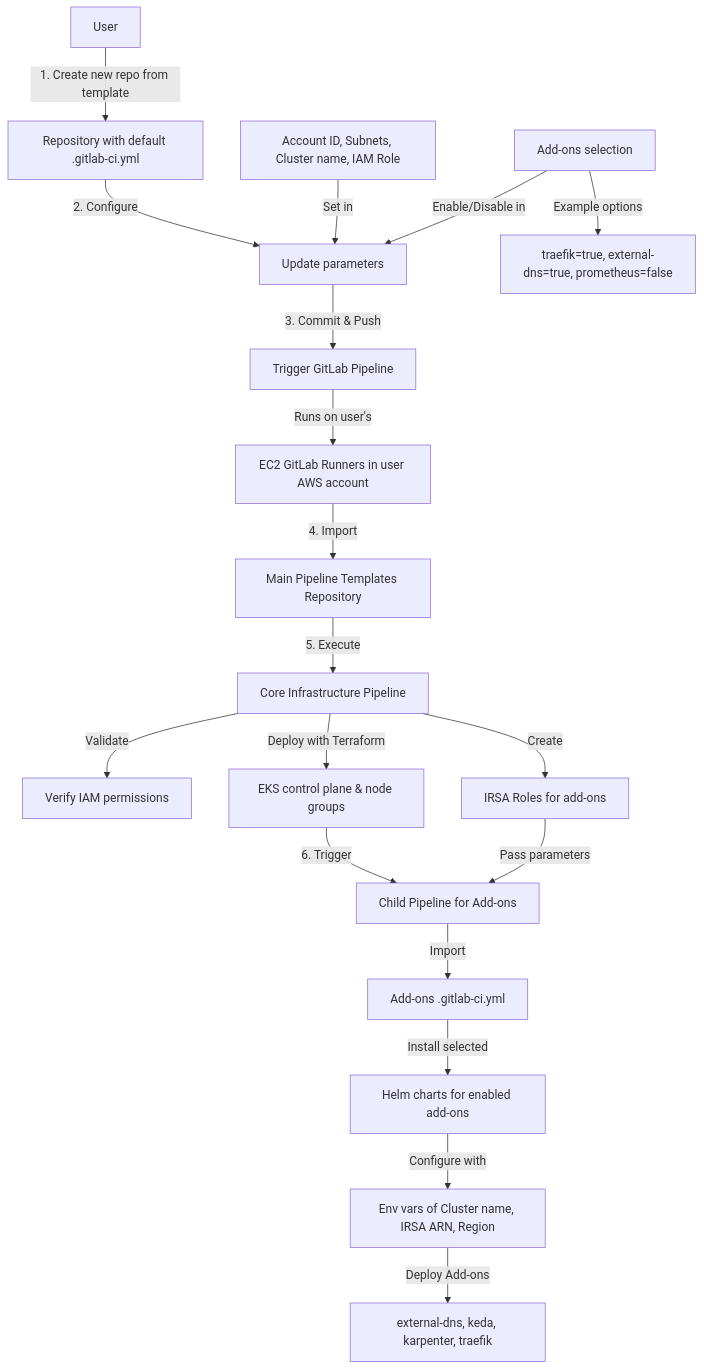
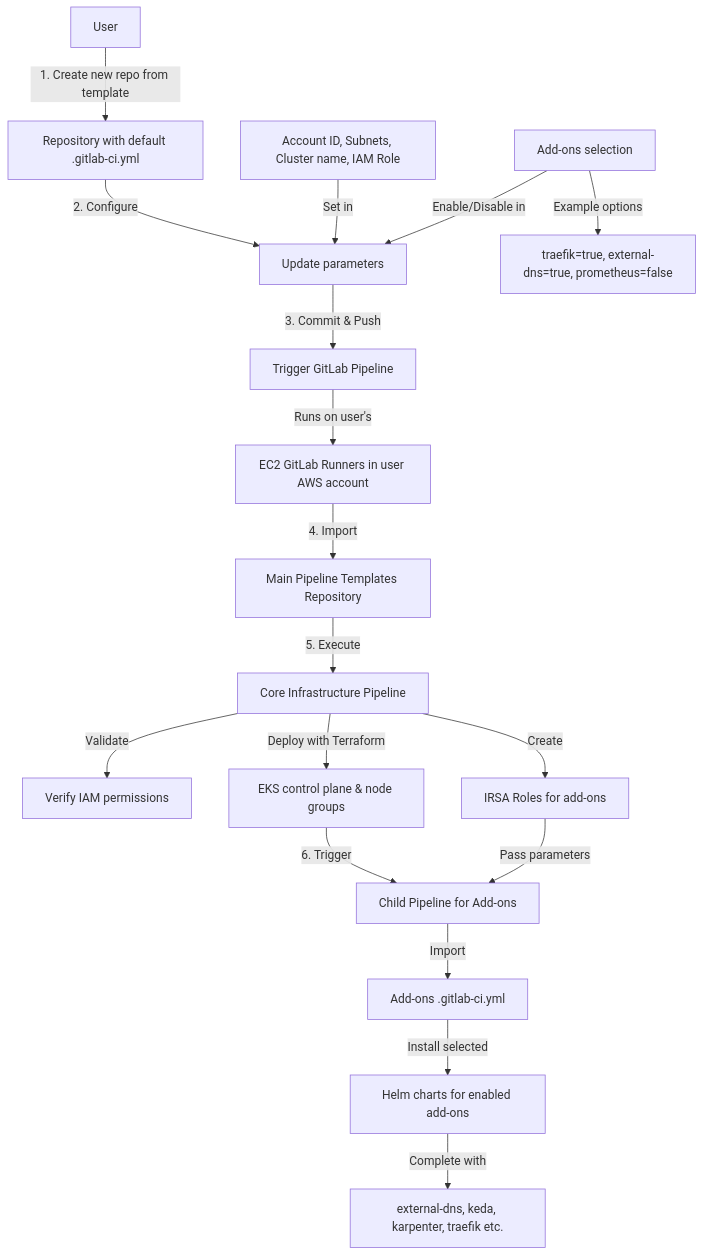
One commit to chiranj/terraform-trial changed the first of 5 diagrams in architecture.md. Above: the diagram before and after it, drawn with Mermaid.

````diff
--- a/architecture.md
+++ b/architecture.md
@@ -21,24 +21,24 @@
 ```mermaid
 flowchart TD
     A[User] -->|1. Create new repo from template| B[Repository with default .gitlab-ci.yml]
     B -->|2. Configure| C[Update parameters]
     D[Account ID, Subnets, Cluster name, IAM Role] -->|Set in| C
     E[Add-ons selection] -->|Enable/Disable in| C
     E -->|Example options| F[traefik=true, external-dns=true, prometheus=false]
     
     C -->|3. Commit & Push| G[Trigger GitLab Pipeline]
     G -->|Runs on user's| H[EC2 GitLab Runners in user AWS account]
     H -->|4. Import| I[Main Pipeline Templates Repository]
     
     I -->|5. Execute| J[Core Infrastructure Pipeline]
     J -->|Validate| K[Verify IAM permissions]
     J -->|Deploy with Terraform| L[EKS control plane & node groups]
     J -->|Create| M[IRSA Roles for add-ons]
     
     L -->|6. Trigger| N[Child Pipeline for Add-ons]
     M -->|Pass parameters| N
     N -->|Import| O[Add-ons .gitlab-ci.yml]
     O -->|Install selected| P[Helm charts for enabled add-ons]
-    P -->|Configure with| Q[Env vars of Cluster name, IRSA ARN, Region]
-    Q -->|Deploy Add-ons| R[external-dns, keda, karpenter, traefik]
+    P -->|Complete with| Q[external-dns, keda, karpenter, traefik etc.]
+
 ```
````
